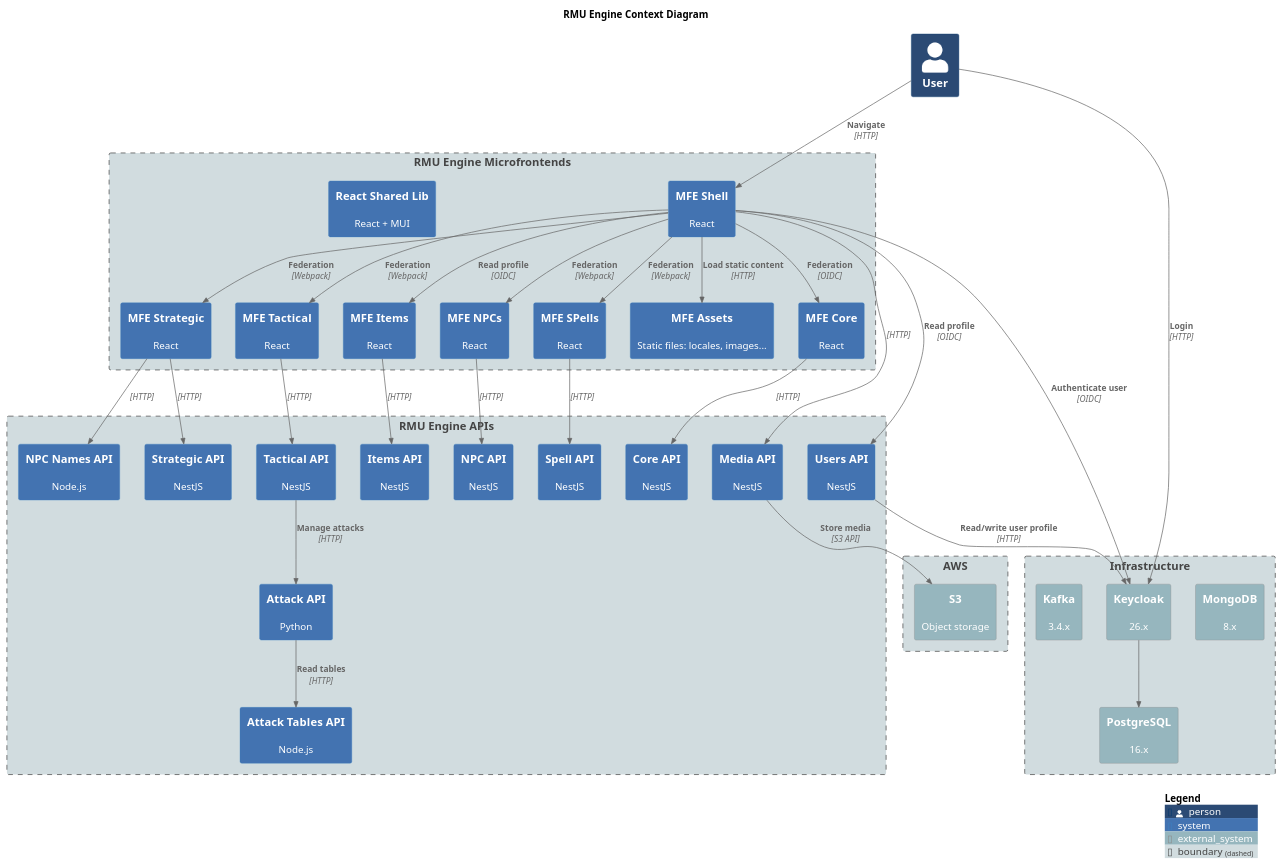
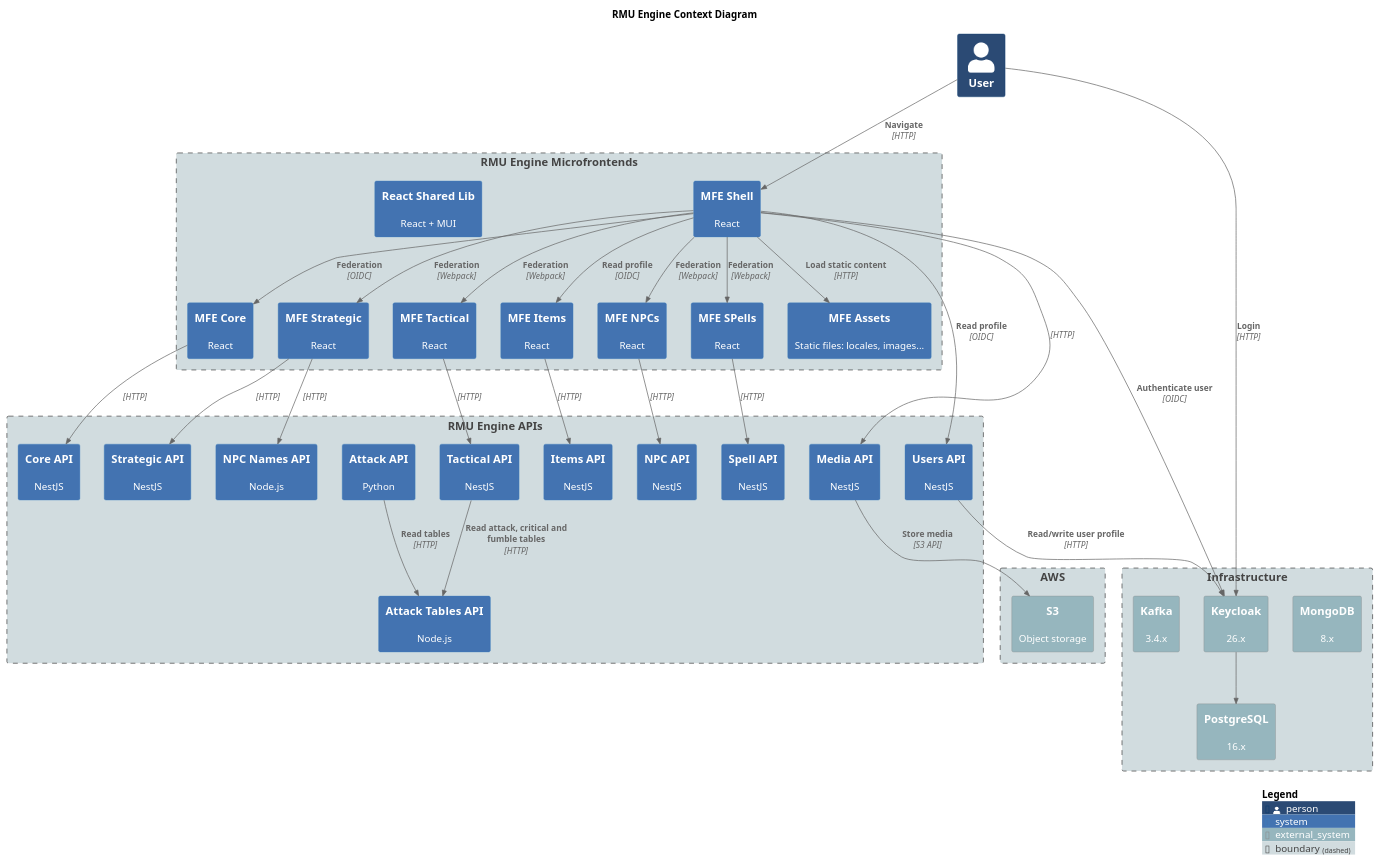
One commit to labcabrera/rmu-platform changed the diagram in docs/architecture/diagrams/c4-context.plantuml. Above: the diagram before and after it, drawn with PlantUML. The commit also changed 4 other files, not shown here.

First line of the commit message:
docs: wire tactical to attack-tables and add ADRs on stun effects

```diff
--- a/docs/architecture/diagrams/c4-context.plantuml
+++ b/docs/architecture/diagrams/c4-context.plantuml
@@ -1,92 +1,93 @@
 @startuml c4-context
 title RMU Engine Context Diagram
 
 !include https://raw.githubusercontent.com/plantuml-stdlib/C4-PlantUML/master/C4_Context.puml
 
 ' LAYOUT_LEFT_RIGHT()
 
 UpdateElementStyle(person, $bgColor="#2b4a74ff")
 UpdateElementStyle(system, $bgColor="#4373b1ff")
 UpdateElementStyle(external_system, $bgColor="#96b6beff")
 UpdateElementStyle(boundary, $bgColor="#d1dcdfff")
 
 Person(user, "User")
 
 Boundary(frontend, "RMU Engine Microfrontends") {
     System(rmu_mfe_shell, "MFE Shell", "React")
     System(rmu_mfe_core, "MFE Core", "React")
     System(rmu_mfe_strategic, "MFE Strategic", "React")
     System(rmu_mfe_tactical, "MFE Tactical", "React")
     System(rmu_mfe_items, "MFE Items", "React")
     System(rmu_mfe_npc, "MFE NPCs", "React")
     System(rmu_mfe_spells, "MFE SPells", "React")
     System(rmu_react_shared_lib, "React Shared Lib", "React + MUI")
     System(rmu_mfe_assets, "MFE Assets", "Static files: locales, images...")
 }
 
 Boundary(apis, "RMU Engine APIs") {
     System(rmu_api_users, "Users API", "NestJS")
     System(rmu_api_core, "Core API", "NestJS")
     System(rmu_api_strategic, "Strategic API", "NestJS")
     System(rmu_api_tactical, "Tactical API", "NestJS")
     System(rmu_api_npc, "NPC API", "NestJS")
     System(rmu_api_npc_names, "NPC Names API", "Node.js")
     System(rmu_api_attack, "Attack API", "Python")
     System(rmu_api_spells, "Spell API", "NestJS")
     System(rmu_api_items, "Items API", "NestJS")
     System(rmu_api_attack_tables, "Attack Tables API", "Node.js")
     System(rmu_api_media, "Media API", "NestJS")
 }
 
 Boundary(infrastructure, "Infrastructure") {
     System_Ext(mongodb, "MongoDB", "8.x")
     System_Ext(keycloak, "Keycloak", "26.x")
     System_Ext(kafka, "Kafka", "3.4.x")
     System_Ext(postgresql, "PostgreSQL", "16.x")
 }
 
 Boundary(aws, "AWS") {
     System_Ext(s3, "S3", "Object storage")
 }
 
 Rel(user, rmu_mfe_shell, "Navigate", "HTTP")
 Rel(user, keycloak, "Login", "HTTP")
 
 Rel(rmu_mfe_shell, rmu_mfe_core, "Federation", "OIDC")
 Rel(rmu_mfe_shell, rmu_mfe_strategic, "Federation", "Webpack")
 Rel(rmu_mfe_shell, rmu_mfe_tactical, "Federation", "Webpack")
 Rel(rmu_mfe_shell, rmu_mfe_items, "Read profile", "OIDC")
 Rel(rmu_mfe_shell, rmu_mfe_npc, "Federation", "Webpack")
 Rel(rmu_mfe_shell, rmu_mfe_spells, "Federation", "Webpack")
 
 Rel(rmu_mfe_shell, rmu_api_users, "Read profile", "OIDC")
 Rel(rmu_mfe_shell, keycloak, "Authenticate user", "OIDC")
 Rel(rmu_mfe_shell, rmu_mfe_assets, "Load static content", "HTTP")
 Rel(rmu_mfe_shell, rmu_api_media, "", "HTTP")
 
 Rel(rmu_mfe_core, rmu_api_core, "", "HTTP")
 
 Rel(rmu_mfe_strategic, rmu_api_strategic, "", "HTTP")
 Rel(rmu_mfe_strategic, rmu_api_npc_names, "", "HTTP")
 
 Rel(rmu_mfe_tactical, rmu_api_tactical, "", "HTTP")
 
 Rel(rmu_api_users, keycloak, "Read/write user profile", "HTTP")
 
 Rel(rmu_mfe_npc, rmu_api_npc, "", "HTTP")
 
 Rel(rmu_mfe_items, rmu_api_items, "", "HTTP")
 
 Rel(rmu_mfe_spells, rmu_api_spells, "", "HTTP")
 
-Rel(rmu_api_tactical, rmu_api_attack, "Manage attacks", "HTTP")
+Rel(rmu_api_tactical, rmu_api_attack_tables, "Read attack, critical and fumble tables", "HTTP")
 
+' Attack API: no longer called by tactical since the combat plugin refactor (workspace spec 003).
 Rel(rmu_api_attack, rmu_api_attack_tables, "Read tables", "HTTP")
 
 Rel(keycloak, postgresql, "", "")
 
 Rel(rmu_api_media, s3, "Store media", "S3 API")
 
 SHOW_LEGEND()
 
 @enduml
```
